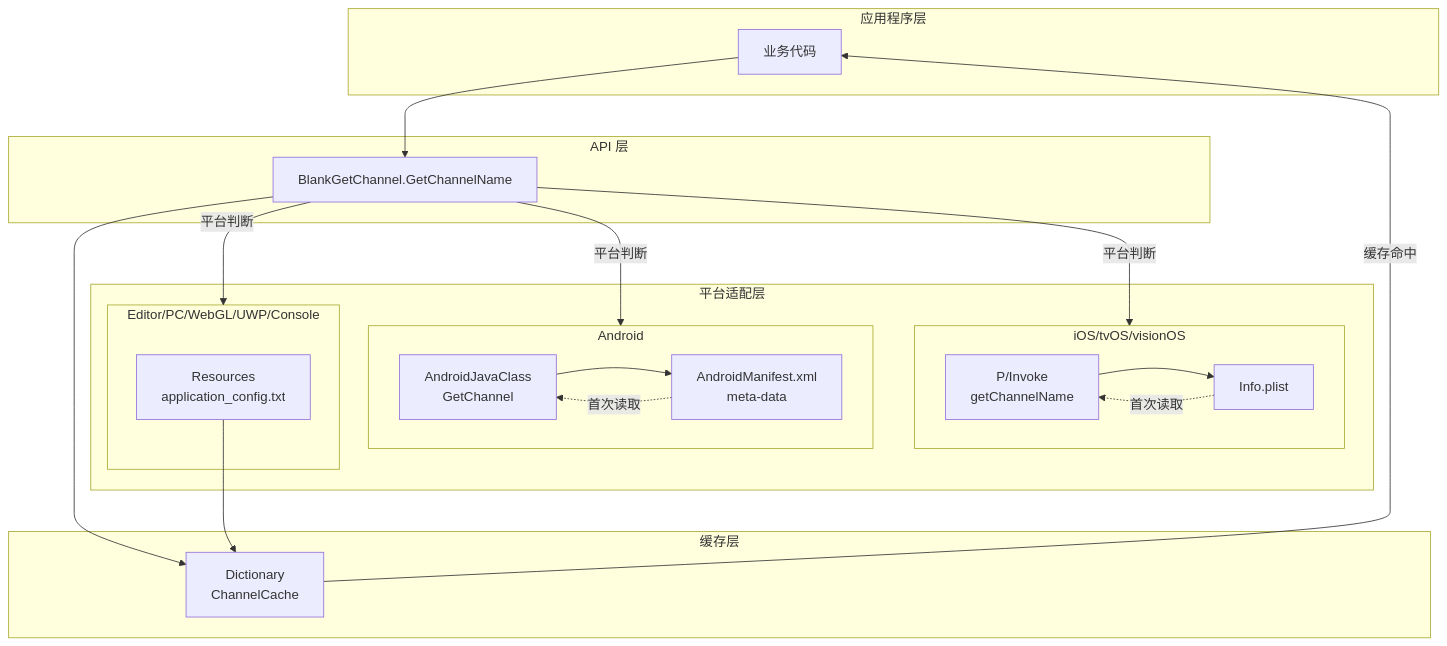
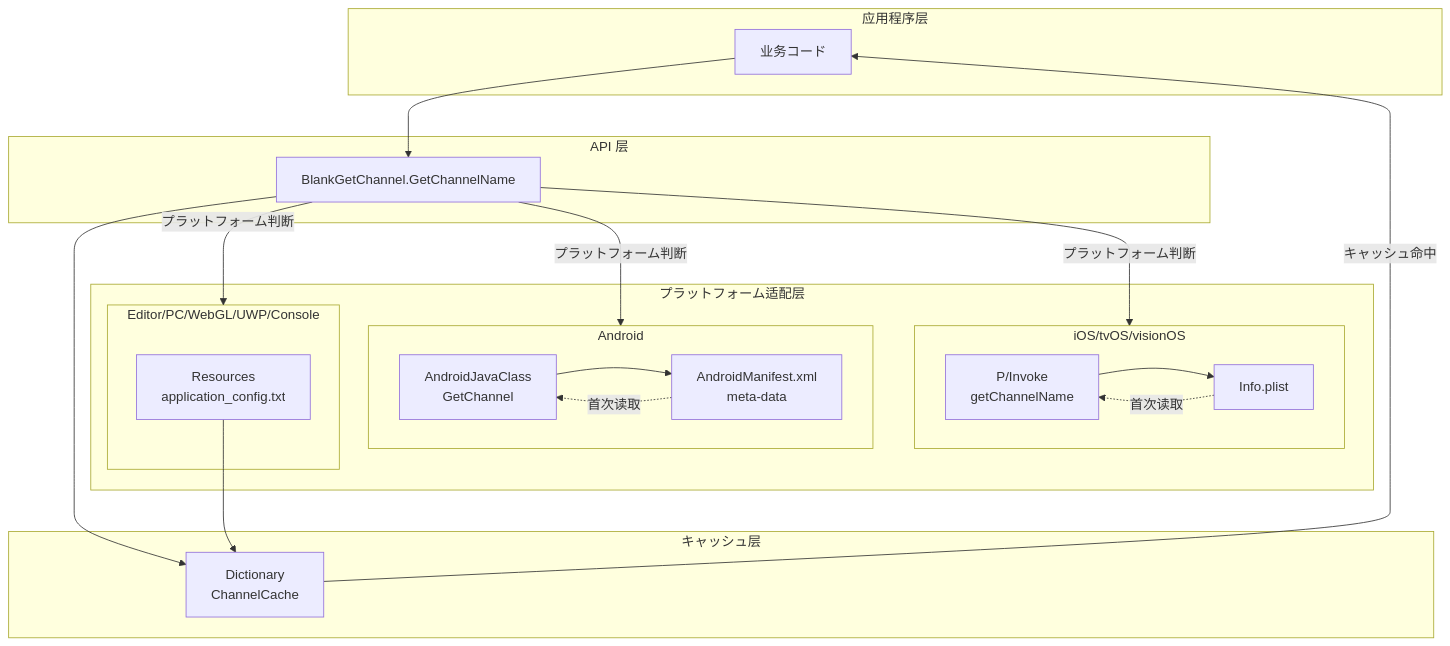
One commit to AlianBlank/GameFrameX.Docs changed the first of 3 diagrams in docs/ja/client/unity/component/getchannel/01.overview.md. Above: the diagram before and after it, drawn with Mermaid. The commit also changed other lines of this file and 320 other files, not shown here.

````diff
--- a/docs/ja/client/unity/component/getchannel/01.overview.md
+++ b/docs/ja/client/unity/component/getchannel/01.overview.md
@@ -21,45 +21,45 @@
 ```mermaid
 flowchart TD
     subgraph Application["应用程序层"]
-        Client[业务代码]
+        Client[业务コード]
     end
 
     subgraph API["API 层"]
         GetChannelAPI[BlankGetChannel.GetChannelName]
     end
 
-    subgraph PlatformLayer["平台适配层"]
+    subgraph PlatformLayer["プラットフォーム适配层"]
         subgraph iOS["iOS/tvOS/visionOS"]
             PInvoke[P/Invoke<br/>getChannelName]
             InfoPlist[Info.plist]
         end
 
         subgraph Android["Android"]
             AndroidJava[AndroidJavaClass<br/>GetChannel]
             AndroidManifest[AndroidManifest.xml<br/>meta-data]
         end
 
         subgraph Desktop["Editor/PC/WebGL/UWP/Console"]
             ConfigFile[Resources<br/>application_config.txt]
         end
     end
 
-    subgraph Cache["缓存层"]
+    subgraph Cache["キャッシュ层"]
         ChannelCache[Dictionary<br/>ChannelCache]
     end
 
     Client --> GetChannelAPI
     GetChannelAPI --> ChannelCache
-    ChannelCache -->|缓存命中| Client
+    ChannelCache -->|キャッシュ命中| Client
 
-    GetChannelAPI -->|平台判断| iOS
-    GetChannelAPI -->|平台判断| Android
-    GetChannelAPI -->|平台判断| Desktop
+    GetChannelAPI -->|プラットフォーム判断| iOS
+    GetChannelAPI -->|プラットフォーム判断| Android
+    GetChannelAPI -->|プラットフォーム判断| Desktop
 
     PInvoke --> InfoPlist
     AndroidJava --> AndroidManifest
     ConfigFile --> ChannelCache
 
     InfoPlist -.->|首次读取| PInvoke
     AndroidManifest -.->|首次读取| AndroidJava
 ```
````
